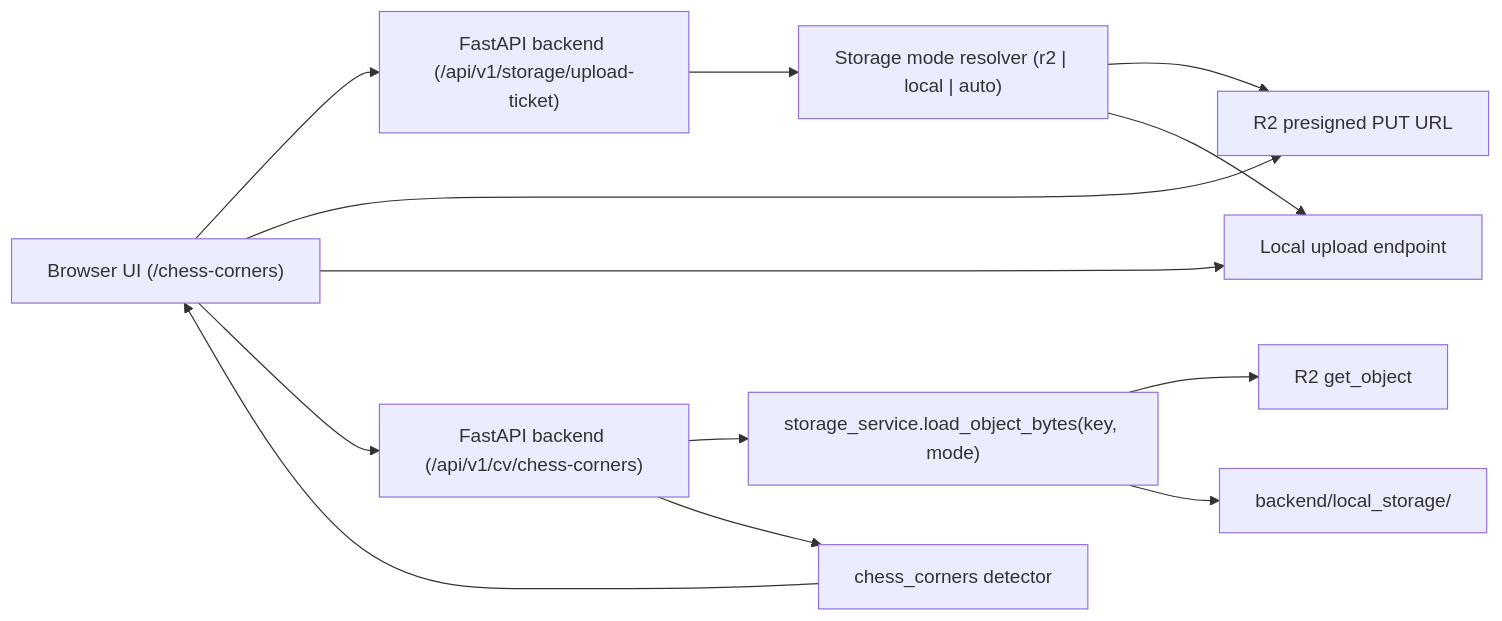
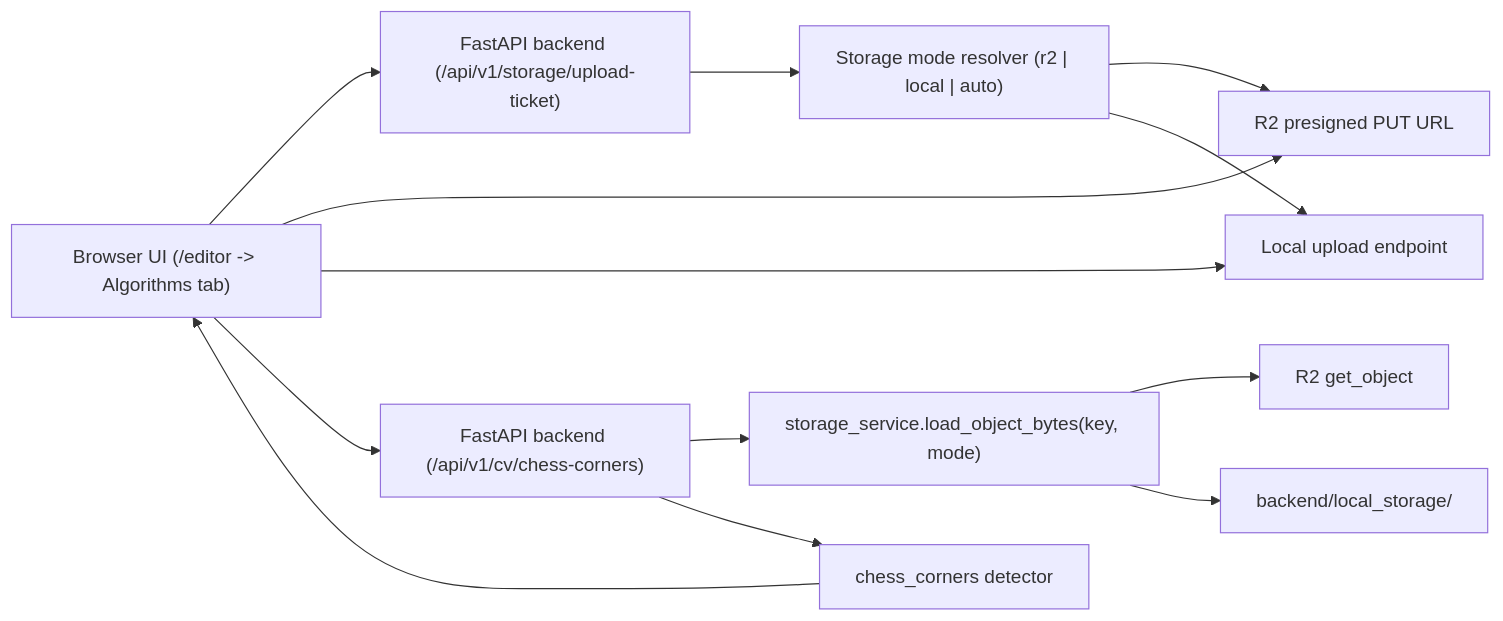
One commit to VitalyVorobyev/vitavision changed the diagram in README.dev.md. Above: the diagram before and after it, drawn with Mermaid. The commit also changed other lines of this file and 20 other files, not shown here.

````diff
--- a/README.dev.md
+++ b/README.dev.md
@@ -7,15 +7,15 @@
 ```mermaid
 flowchart LR
-    A["Browser UI (/chess-corners)"] --> B["FastAPI backend (/api/v1/storage/upload-ticket)"]
+    A["Browser UI (/editor -> Algorithms tab)"] --> B["FastAPI backend (/api/v1/storage/upload-ticket)"]
     B --> C["Storage mode resolver (r2 | local | auto)"]
     C --> D["R2 presigned PUT URL"]
     C --> E["Local upload endpoint"]
     A --> D
     A --> E
     A --> F["FastAPI backend (/api/v1/cv/chess-corners)"]
     F --> G["storage_service.load_object_bytes(key, mode)"]
     G --> H["R2 get_object"]
     G --> I["backend/local_storage/<key>"]
     F --> J["chess_corners detector"]
     J --> A
 ```
````
